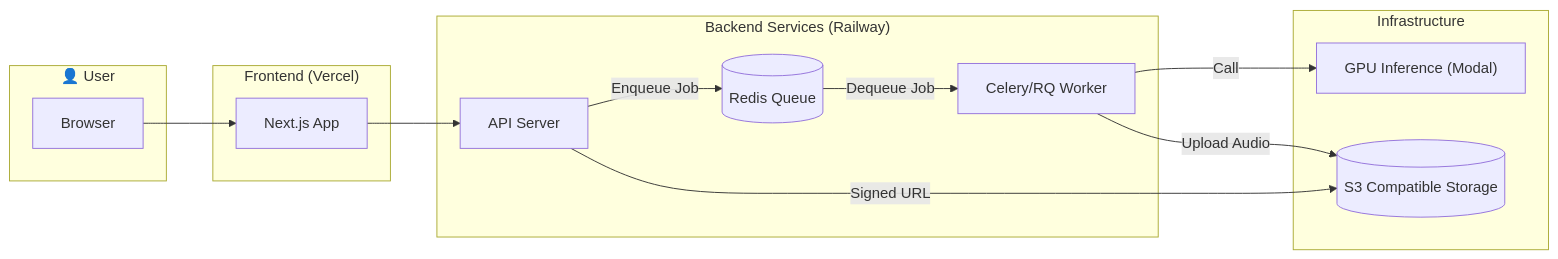
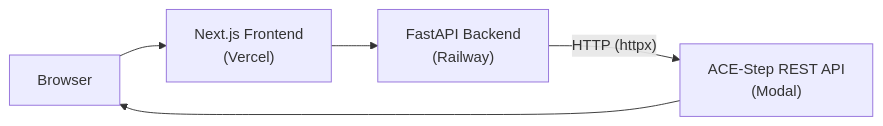
Before and after one commit to dwest1507/ai-music-gen: the diagram in README.md, drawn with Mermaid. The commit also changed other lines of this file and 4 other files, not shown here.

Commit message:
doc: updated to refelct new architecture

````diff
--- a/README.md
+++ b/README.md
@@ -7,29 +9,7 @@
 ```mermaid
 flowchart LR
-    subgraph User["👤 User"]
-        Browser[Browser]
-    end
-    
-    subgraph Frontend["Frontend (Vercel)"]
-        NextJS[Next.js App]
-    end
-    
-    subgraph Backend["Backend Services (Railway)"]
-        FastAPI[API Server]
-        Worker[Celery/RQ Worker]
-        Redis[(Redis Queue)]
-    end
-    
-    subgraph Infrastructure
-        ObjectStorage[(S3 Compatible Storage)]
-        GPU["GPU Inference (Modal)"]
-    end
-    
-    Browser --> NextJS
-    NextJS --> FastAPI
-    FastAPI -- Enqueue Job --> Redis
-    Redis -- Dequeue Job --> Worker
-    Worker -- Call --> GPU
-    Worker -- Upload Audio --> ObjectStorage
-    FastAPI -- Signed URL --> ObjectStorage
+    Browser --> NextJS["Next.js Frontend<br/>(Vercel)"]
+    NextJS --> FastAPI["FastAPI Backend<br/>(Railway)"]
+    FastAPI -- "HTTP (httpx)" --> ACEStepAPI["ACE-Step REST API<br/>(Modal)"]
+    ACEStepAPI --> Browser
 ```
````
